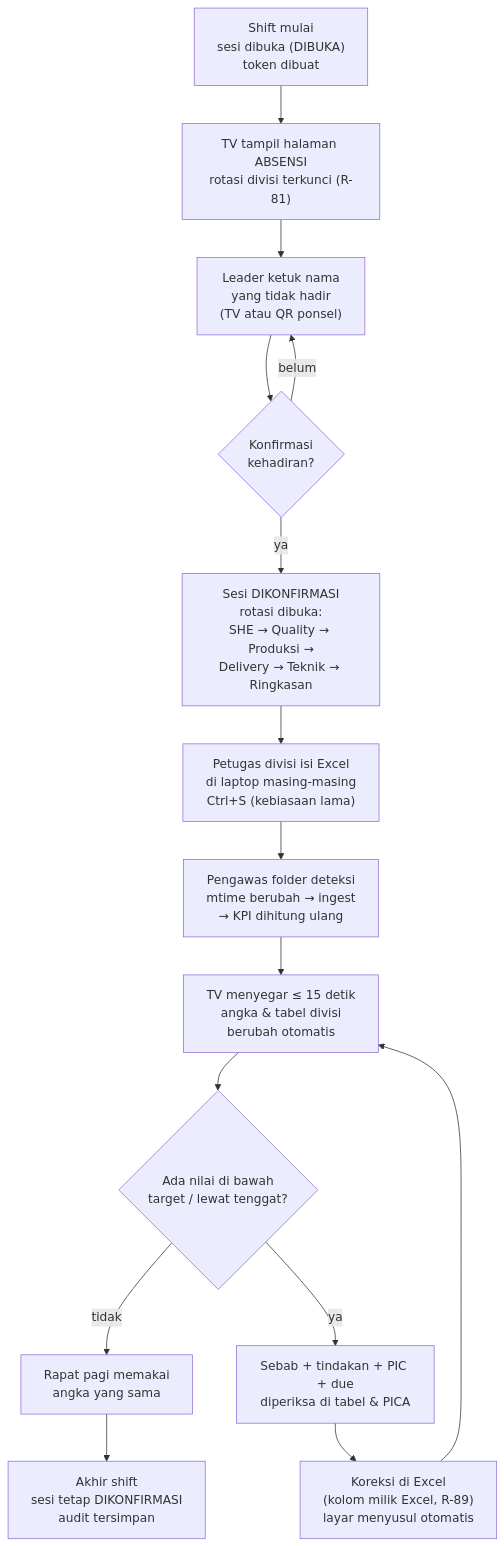
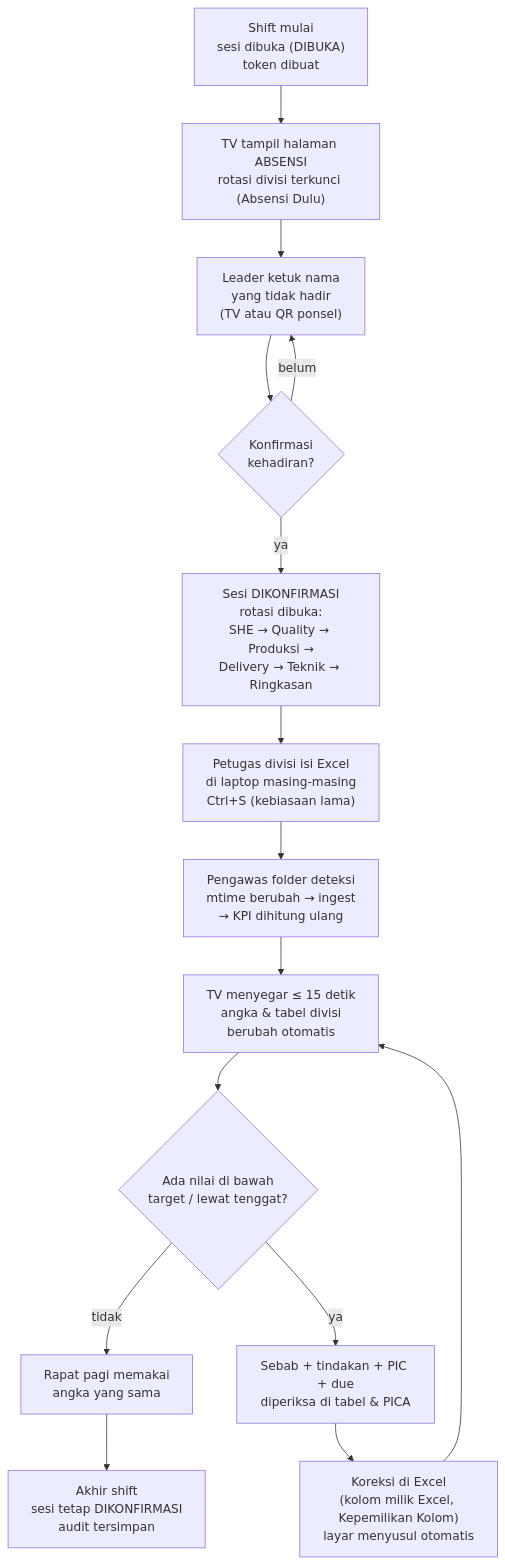
One commit to GalaxyDust/DailyMonitoringSystem_App changed the fourth of 10 diagrams in docs/ALUR_APLIKASI_DMS.md. Above: the diagram before and after it, drawn with Mermaid. The commit also changed other lines of this file and 18 other files, not shown here.

````diff
--- a/docs/ALUR_APLIKASI_DMS.md
+++ b/docs/ALUR_APLIKASI_DMS.md
@@ -772,17 +772,17 @@
 ```mermaid
 flowchart TD
-    A["Shift mulai<br/>sesi dibuka (DIBUKA)<br/>token dibuat"] --> B["TV tampil halaman ABSENSI<br/>rotasi divisi terkunci (R-81)"]
+    A["Shift mulai<br/>sesi dibuka (DIBUKA)<br/>token dibuat"] --> B["TV tampil halaman ABSENSI<br/>rotasi divisi terkunci (Absensi Dulu)"]
     B --> C["Leader ketuk nama<br/>yang tidak hadir<br/>(TV atau QR ponsel)"]
     C --> D{"Konfirmasi<br/>kehadiran?"}
     D -- belum --> C
     D -- ya --> E["Sesi DIKONFIRMASI<br/>rotasi dibuka:<br/>SHE → Quality → Produksi →<br/>Delivery → Teknik → Ringkasan"]
     E --> F["Petugas divisi isi Excel<br/>di laptop masing-masing<br/>Ctrl+S (kebiasaan lama)"]
     F --> G["Pengawas folder deteksi<br/>mtime berubah → ingest<br/>→ KPI dihitung ulang"]
     G --> H["TV menyegar ≤ 15 detik<br/>angka & tabel divisi<br/>berubah otomatis"]
     H --> I{"Ada nilai di bawah<br/>target / lewat tenggat?"}
     I -- tidak --> J["Rapat pagi memakai<br/>angka yang sama"]
     I -- ya --> K["Sebab + tindakan + PIC + due<br/>diperiksa di tabel & PICA"]
-    K --> L["Koreksi di Excel<br/>(kolom milik Excel, R-89)<br/>layar menyusul otomatis"]
+    K --> L["Koreksi di Excel<br/>(kolom milik Excel, Kepemilikan Kolom)<br/>layar menyusul otomatis"]
     L --> H
     J --> M["Akhir shift<br/>sesi tetap DIKONFIRMASI<br/>audit tersimpan"]
 ```
````
